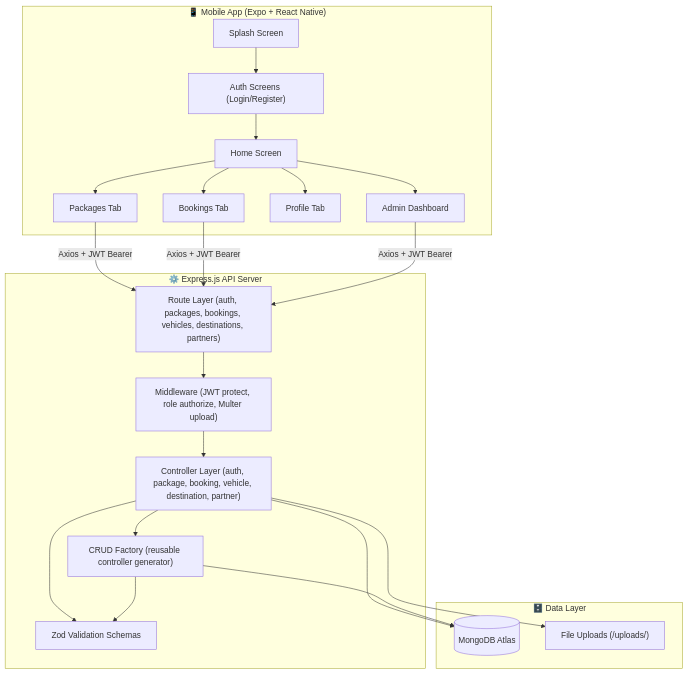
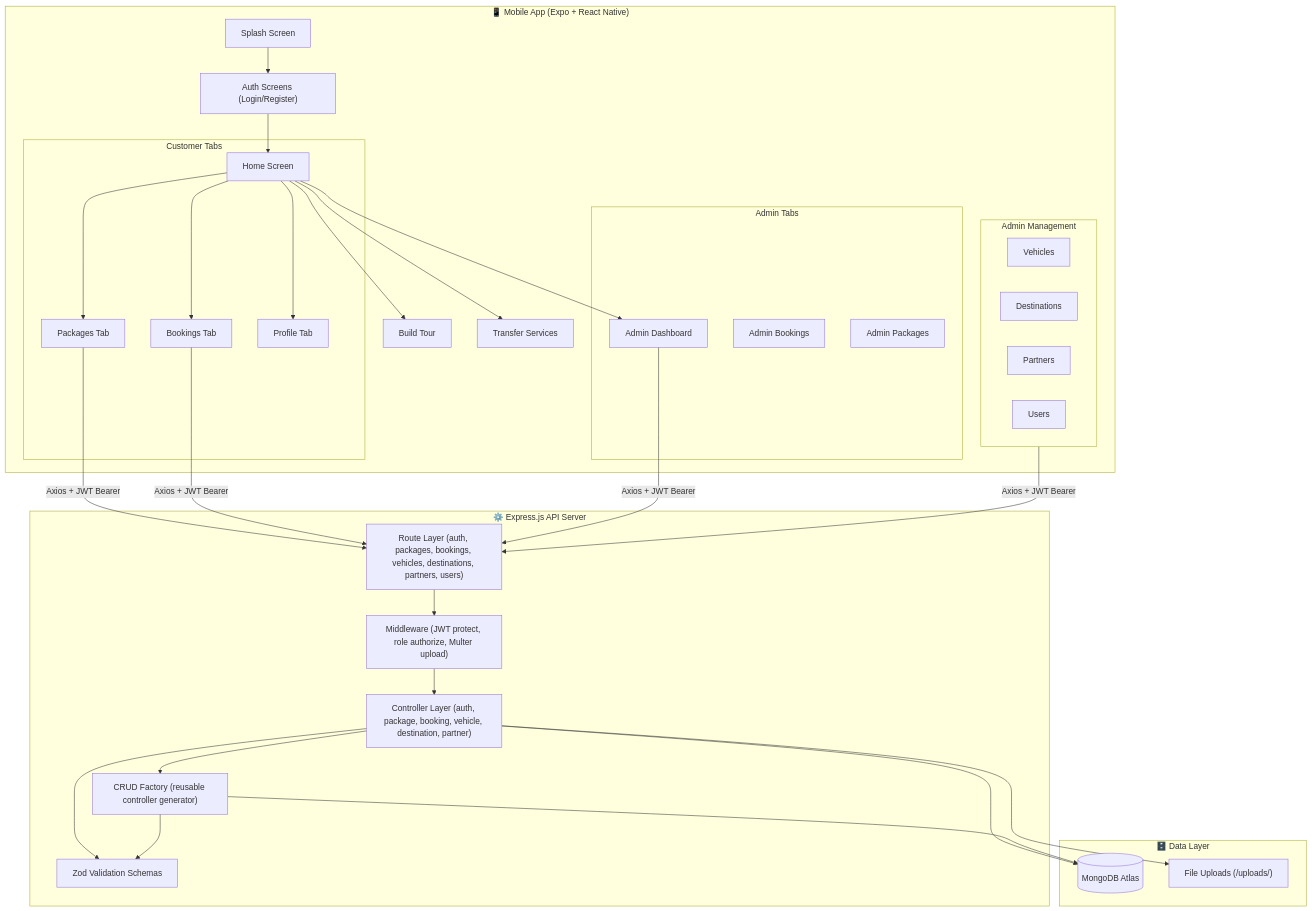
Before and after one commit to sahansbandara/Yatara-Ceylon-Mobile-App: the first of 4 diagrams in README.md, drawn with Mermaid. The commit also changed other lines of this file and 4 other files, not shown here.

````diff
--- a/README.md
+++ b/README.md
@@ -69,34 +69,49 @@
 ```mermaid
 graph TB
     subgraph Mobile["📱 Mobile App (Expo + React Native)"]
         SPLASH["Splash Screen"]
         AUTH["Auth Screens (Login/Register)"]
-        HOME["Home Screen"]
-        PKG["Packages Tab"]
-        BK["Bookings Tab"]
-        PROF["Profile Tab"]
-        ADMIN["Admin Dashboard"]
+        subgraph CustomerTabs["Customer Tabs"]
+            HOME["Home Screen"]
+            PKG["Packages Tab"]
+            BK["Bookings Tab"]
+            PROF["Profile Tab"]
+        end
+        subgraph AdminTabs["Admin Tabs"]
+            ADMIN["Admin Dashboard"]
+            ADMIN_BK["Admin Bookings"]
+            ADMIN_PKG["Admin Packages"]
+        end
+        subgraph AdminStack["Admin Management"]
+            VEHICLES["Vehicles"]
+            DEST["Destinations"]
+            PARTNERS["Partners"]
+            USERS["Users"]
+        end
+        BUILD_TOUR["Build Tour"]
+        TRANSFER["Transfer Services"]
     end
 
     subgraph Backend["⚙️ Express.js API Server"]
-        ROUTES["Route Layer (auth, packages, bookings, vehicles, destinations, partners)"]
+        ROUTES["Route Layer (auth, packages, bookings, vehicles, destinations, partners, users)"]
         MW["Middleware (JWT protect, role authorize, Multer upload)"]
         CTRL["Controller Layer (auth, package, booking, vehicle, destination, partner)"]
         FACTORY["CRUD Factory (reusable controller generator)"]
         ZOD["Zod Validation Schemas"]
     end
 
     subgraph Data["🗄️ Data Layer"]
         DB[(MongoDB Atlas)]
         UPLOADS["File Uploads (/uploads/)"]
     end
 
     SPLASH --> AUTH --> HOME
     HOME --> PKG & BK & PROF & ADMIN
-    PKG & BK & ADMIN --> |Axios + JWT Bearer| ROUTES
+    HOME --> BUILD_TOUR & TRANSFER
+    PKG & BK & ADMIN & AdminStack --> |Axios + JWT Bearer| ROUTES
     ROUTES --> MW --> CTRL
     CTRL --> FACTORY
     CTRL & FACTORY --> ZOD
     CTRL & FACTORY --> DB
     CTRL --> UPLOADS
 ```
````
